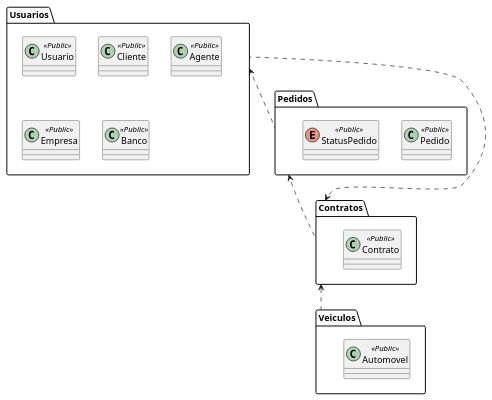
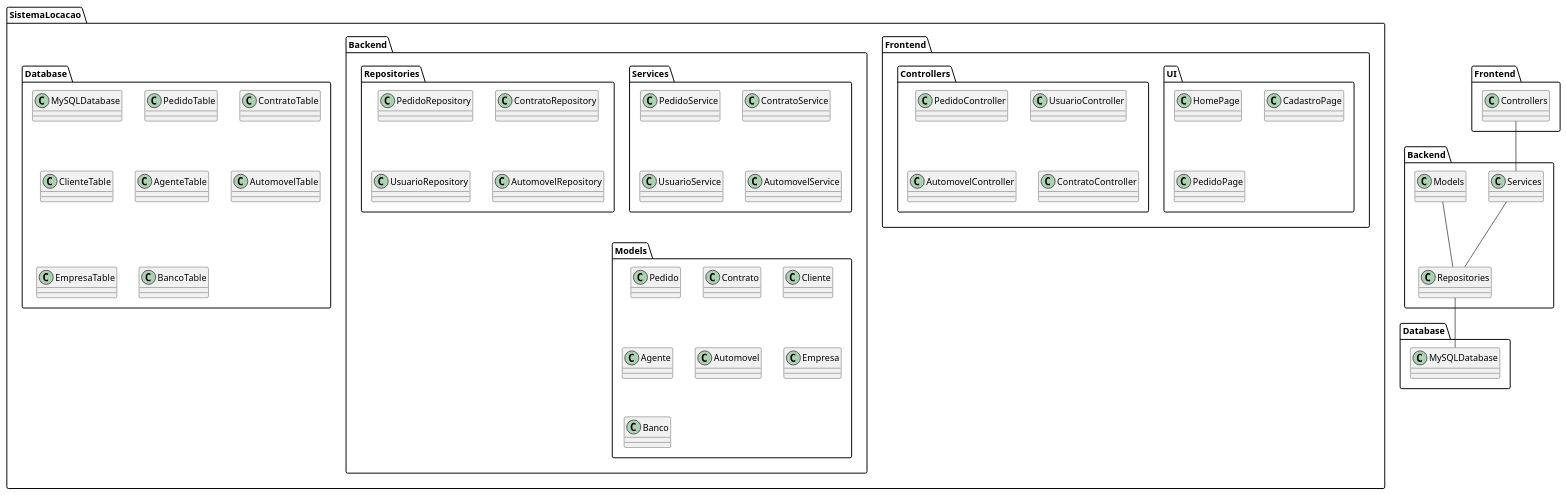
One commit to oarthurfc/LDS-2 changed the diagram in project/code/diagramaDePacotes.puml. Above: the diagram before and after it, drawn with PlantUML.

```diff
--- a/project/code/diagramaDePacotes.puml
+++ b/project/code/diagramaDePacotes.puml
@@ -1,27 +1,64 @@
-@startuml diagramaDePacotes
-package "Usuarios" {
-    class Usuario <<Public>>
-    class Cliente <<Public>>
-    class Agente <<Public>>
-    class Empresa <<Public>>
-    class Banco <<Public>>
+@startuml
+package "SistemaLocacao" {
+  
+  package "Frontend" {
+    package "UI" {
+      class HomePage
+      class CadastroPage
+      class PedidoPage
+    }
+
+    package "Controllers" {
+      class PedidoController
+      class UsuarioController
+      class AutomovelController
+      class ContratoController  
+    }
+  }
+
+  package "Backend" {
+    package "Services" {
+      class PedidoService
+      class ContratoService
+      class UsuarioService
+      class AutomovelService
+    }
+
+    package "Repositories" {
+      class PedidoRepository
+      class ContratoRepository
+      class UsuarioRepository
+      class AutomovelRepository
+    }
+
+    package "Models" {
+      class Pedido
+      class Contrato
+      class Cliente
+      class Agente
+      class Automovel
+      class Empresa
+      class Banco
+    }
+  }
+
+  package "Database" {
+    class MySQLDatabase
+    class PedidoTable
+    class ContratoTable
+    class ClienteTable
+    class AgenteTable
+    class AutomovelTable
+    class EmpresaTable   
+    class BancoTable
+  }
 }
 
-package "Pedidos" {
-    class Pedido <<Public>>
-    enum StatusPedido <<Public>>
-}
+' Relacionamentos
+Frontend.Controllers -- Backend.Services
+Backend.Services -- Backend.Repositories
+Backend.Repositories -- Database.MySQLDatabase
+Backend.Models -- Backend.Repositories
 
-package "Contratos" {
-    class Contrato <<Public>>
-}
 
-package "Veiculos" {
-    class Automovel <<Public>>
-}
-
-Usuarios <.. Pedidos
-Pedidos <.. Contratos
-Contratos <.. Veiculos
-Contratos <.. Usuarios
 @enduml
```
